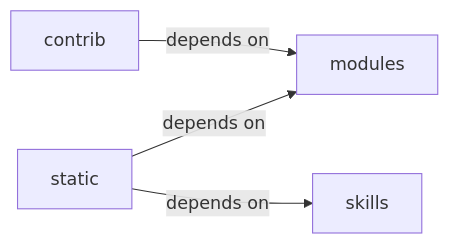
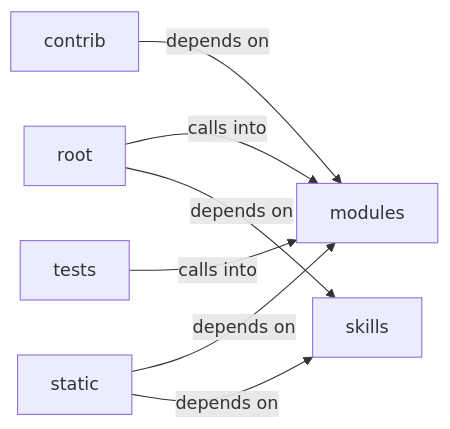
Before and after one commit to grisuno/LazyOwn: the diagram in readmenator-diagrams/skills_claude_md_orchestrator.md, drawn with Mermaid. The commit also changed other lines of this file and 258 other files, not shown here.

````diff
--- a/readmenator-diagrams/skills_claude_md_orchestrator.md
+++ b/readmenator-diagrams/skills_claude_md_orchestrator.md
@@ -5,10 +5,15 @@
 ```mermaid
 graph LR
     contrib["contrib"]
     modules["modules"]
+    root["root"]
     skills["skills"]
     static["static"]
+    tests["tests"]
     contrib -- "depends on" --> modules
+    root -- "calls into" --> modules
+    root -- "depends on" --> skills
     static -- "depends on" --> modules
     static -- "depends on" --> skills
+    tests -- "calls into" --> modules
 ```
````
